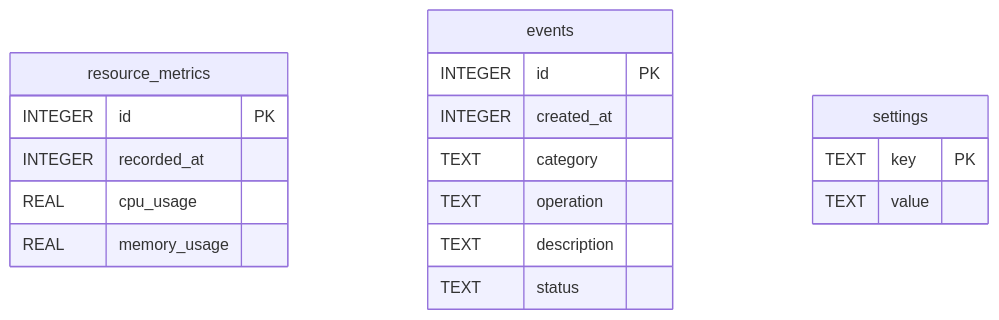
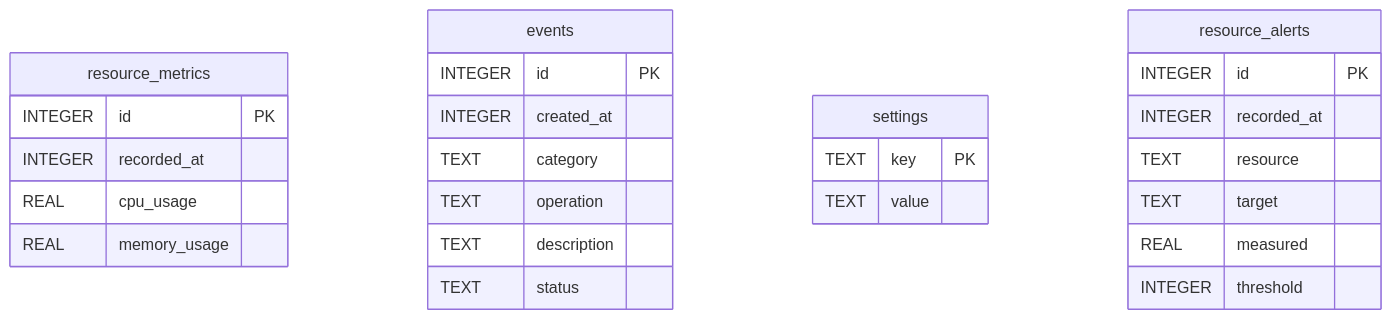
Before and after one commit to Koryza/practika-echebka: the second of 2 diagrams in docs/design.md, drawn with Mermaid. The commit also changed other lines of this file and 15 other files, not shown here.

````diff
--- a/docs/design.md
+++ b/docs/design.md
@@ -51,21 +56,29 @@
 ```mermaid
 erDiagram
     resource_metrics {
         INTEGER id PK
         INTEGER recorded_at
         REAL cpu_usage
         REAL memory_usage
     }
     events {
         INTEGER id PK
         INTEGER created_at
         TEXT category
         TEXT operation
         TEXT description
         TEXT status
     }
     settings {
         TEXT key PK
         TEXT value
     }
+    resource_alerts {
+        INTEGER id PK
+        INTEGER recorded_at
+        TEXT resource
+        TEXT target
+        REAL measured
+        INTEGER threshold
+    }
 ```
````
